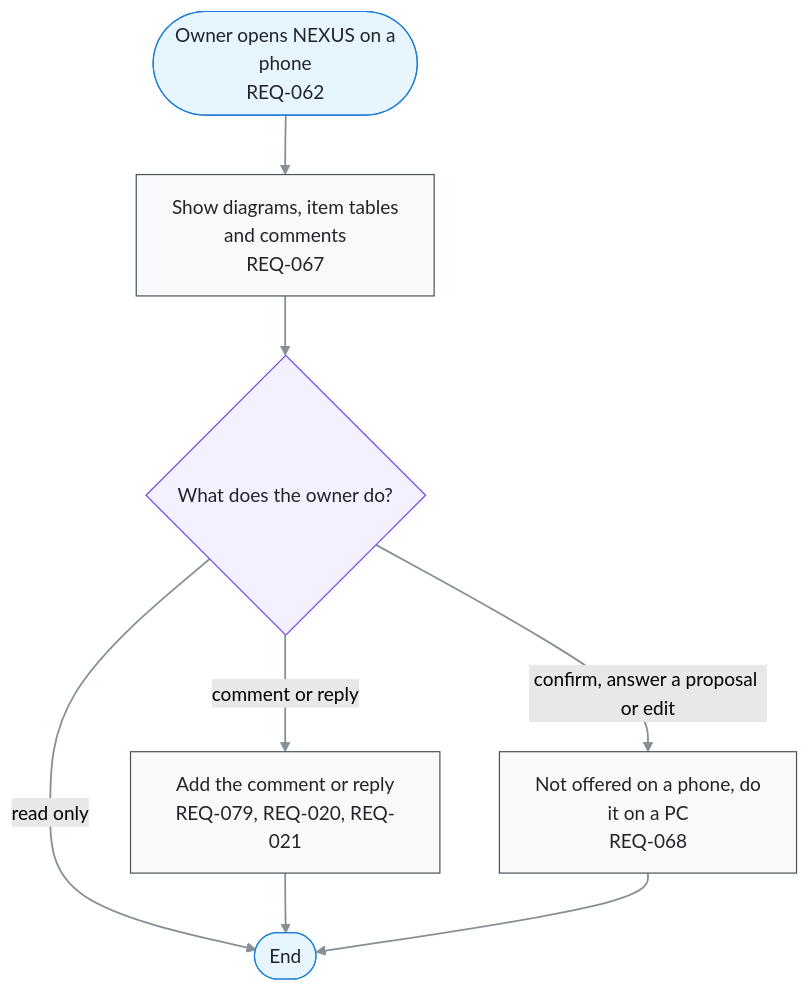
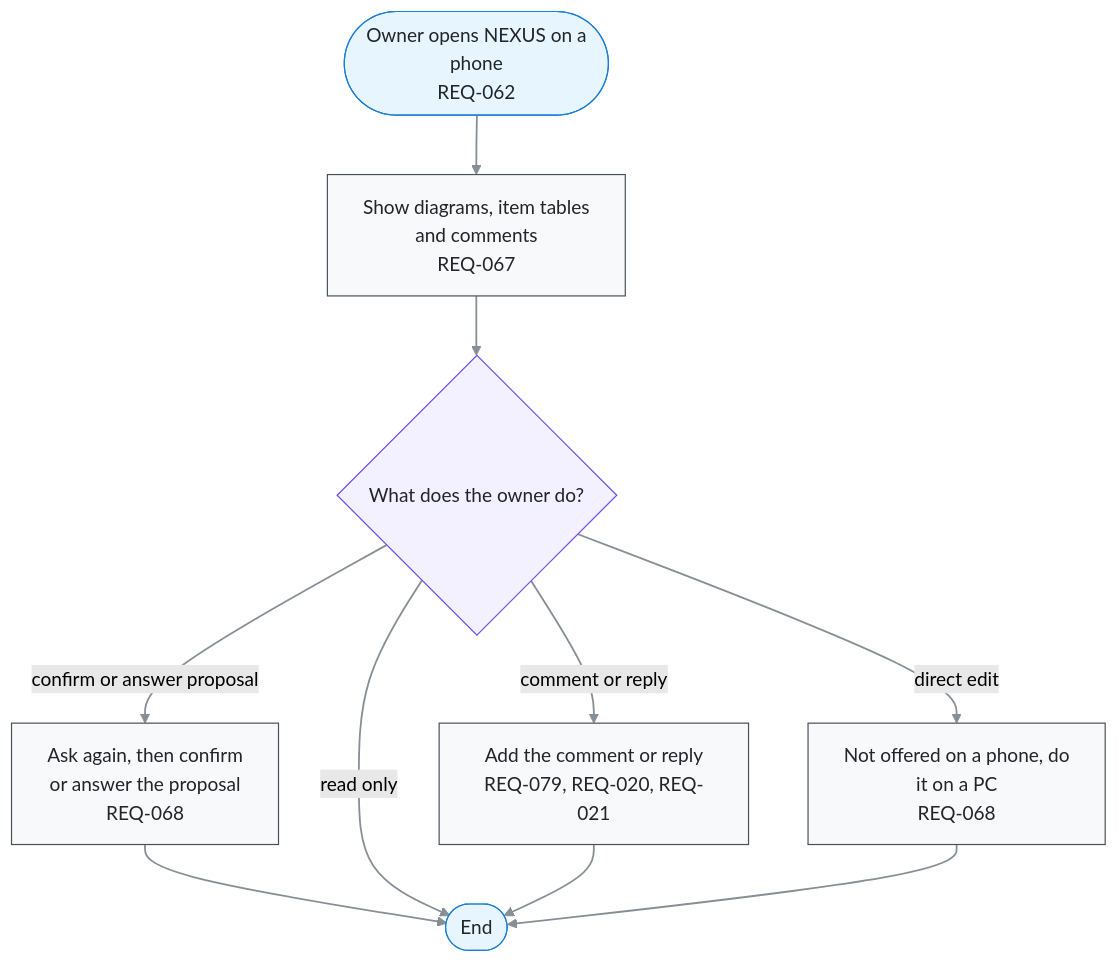
One commit to kodonghui/corthex-nexus changed the diagram in docs/03-user-flow/FL-008-read-and-comment-on-a-phone.md. Above: the diagram before and after it, drawn with Mermaid (forest theme). The commit also changed other lines of this file and 69 other files, not shown here.

````diff
--- a/docs/03-user-flow/FL-008-read-and-comment-on-a-phone.md
+++ b/docs/03-user-flow/FL-008-read-and-comment-on-a-phone.md
@@ -9,26 +9,29 @@
 ```mermaid
 flowchart TD
   A(["Owner opens NEXUS on a<br/>phone<br/>REQ-062"])
   B["Show diagrams, item tables<br/>and comments<br/>REQ-067"]
   C{"What does the owner do?"}
   D["Add the comment or reply<br/>REQ-079, REQ-020, REQ-021"]
+  P["Ask again, then confirm<br/>or answer the proposal<br/>REQ-068"]
   R1["Not offered on a phone, do<br/>it on a PC<br/>REQ-068"]
   Z(["End"])
   A e1@--> B
   B e2@--> C
   C e3@-->|comment or reply| D
-  C e4@-->|confirm, answer a proposal or edit| R1
+  C e4@-->|direct edit| R1
+  C e8@-->|confirm or answer proposal| P
+  P e9@--> Z
   C e5@-->|read only| Z
   D e6@--> Z
   R1 e7@--> Z
   %% legend: below
   classDef term fill:#e7f5ff,stroke:#1c7ed6,color:#212529
   classDef proc fill:#f8f9fa,stroke:#495057,color:#212529
   classDef decide fill:#f3f0ff,stroke:#7048e8,color:#212529
   classDef gap fill:#f1f3f5,stroke:#adb5bd,stroke-dasharray:2 3,color:#495057
   classDef pass stroke:#868e96,stroke-width:1.5px
   class A,Z term
-  class B,D,R1 proc
+  class B,D,P,R1 proc
   class C decide
-  class e1,e2,e3,e4,e5,e6,e7 pass
+  class e1,e2,e3,e4,e5,e6,e7,e8,e9 pass
 ```
````
